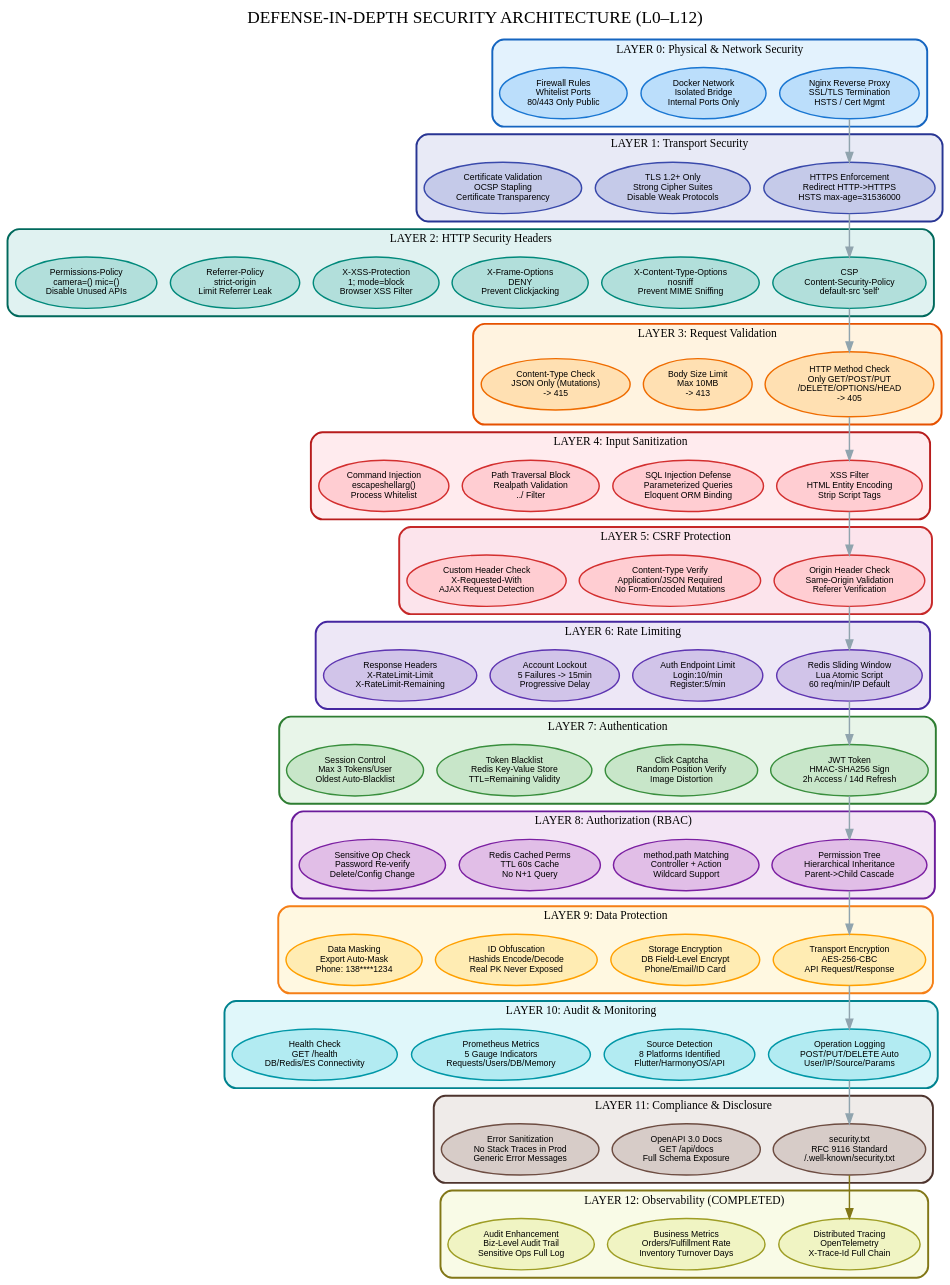
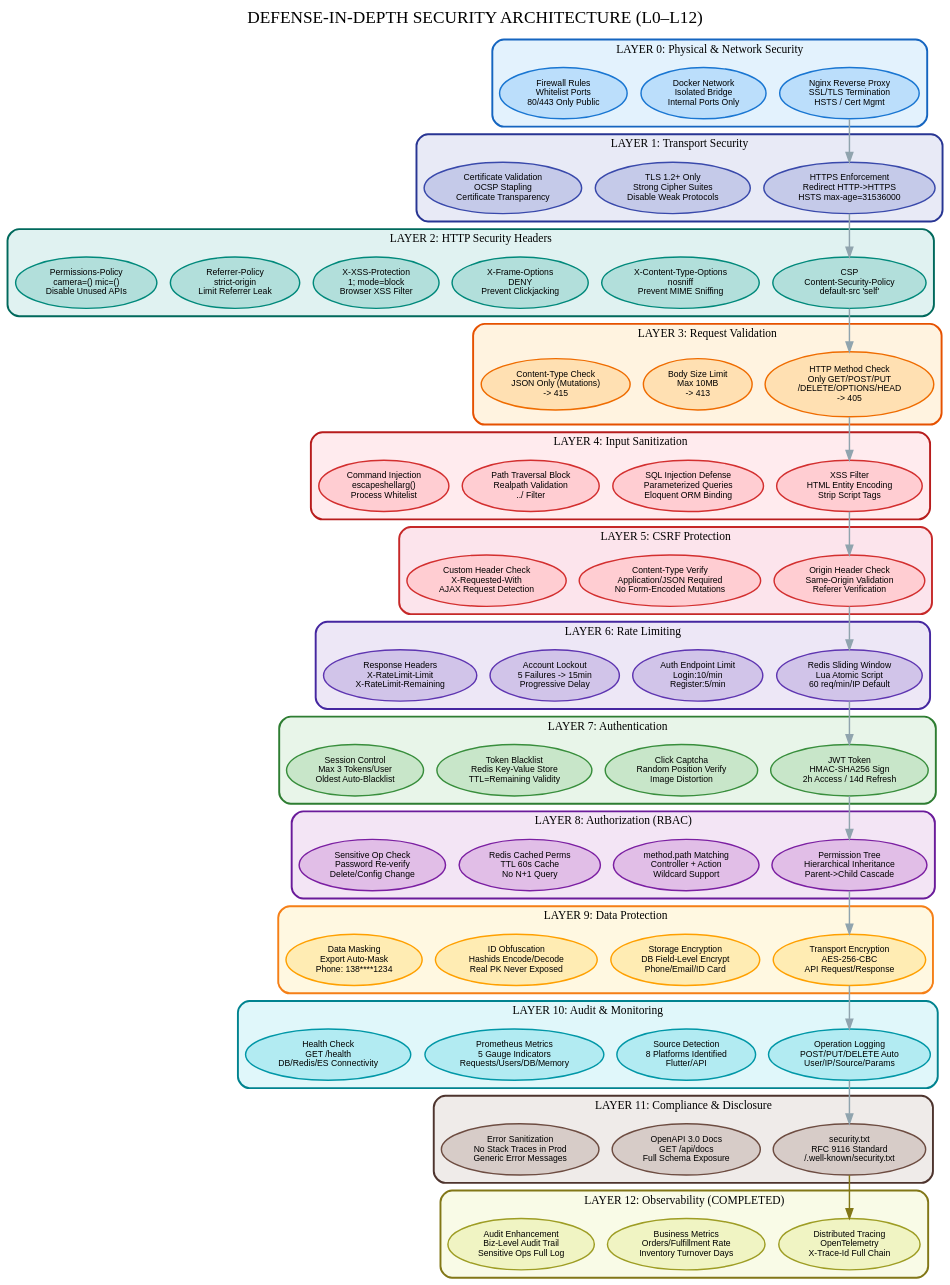
Before and after one commit to erikwang2013/erp-php: the diagram in docs/diagrams/security-architecture.dot, drawn with Graphviz. The commit also changed 652 other files, not shown here.

Commit message:
文档：仅保留中英文 README，清理已移除功能与过时图片

```diff
--- a/docs/diagrams/security-architecture.dot
+++ b/docs/diagrams/security-architecture.dot
@@ -1,170 +1,170 @@
 digraph SecurityArchitecture {
     rankdir=TB;
     fontname="Arial";
     fontsize=14;
     bgcolor="transparent";
     nodesep=0.2;
     ranksep=0.3;
     compound=true;
 
     node [fontname="Arial", fontsize=9, style="filled,rounded", penwidth=1.5];
 
     label="DEFENSE-IN-DEPTH SECURITY ARCHITECTURE (L0–L12)";
     fontsize=18;
     fontname="Arial Bold";
     labelloc="t";
 
     // Layer 0
     subgraph cluster_L0 {
         label="LAYER 0: Physical & Network Security";
         fontsize=12; fontname="Arial Bold";
         style="filled,rounded"; fillcolor="#e3f2fd"; color="#1565c0"; penwidth=2;
         L0a [label="Nginx Reverse Proxy\nSSL/TLS Termination\nHSTS / Cert Mgmt", fillcolor="#bbdefb", color="#1976d2"];
         L0b [label="Docker Network\nIsolated Bridge\nInternal Ports Only", fillcolor="#bbdefb", color="#1976d2"];
         L0c [label="Firewall Rules\nWhitelist Ports\n80/443 Only Public", fillcolor="#bbdefb", color="#1976d2"];
     }
 
     // Layer 1
     subgraph cluster_L1 {
         label="LAYER 1: Transport Security";
         fontsize=12; fontname="Arial Bold";
         style="filled,rounded"; fillcolor="#e8eaf6"; color="#283593"; penwidth=2;
         L1a [label="HTTPS Enforcement\nRedirect HTTP->HTTPS\nHSTS max-age=31536000", fillcolor="#c5cae9", color="#3949ab"];
         L1b [label="TLS 1.2+ Only\nStrong Cipher Suites\nDisable Weak Protocols", fillcolor="#c5cae9", color="#3949ab"];
         L1c [label="Certificate Validation\nOCSP Stapling\nCertificate Transparency", fillcolor="#c5cae9", color="#3949ab"];
     }
 
     // Layer 2
     subgraph cluster_L2 {
         label="LAYER 2: HTTP Security Headers";
         fontsize=12; fontname="Arial Bold";
         style="filled,rounded"; fillcolor="#e0f2f1"; color="#00695c"; penwidth=2;
         L2a [label="CSP\nContent-Security-Policy\ndefault-src 'self'", fillcolor="#b2dfdb", color="#00897b"];
         L2b [label="X-Content-Type-Options\nnosniff\nPrevent MIME Sniffing", fillcolor="#b2dfdb", color="#00897b"];
         L2c [label="X-Frame-Options\nDENY\nPrevent Clickjacking", fillcolor="#b2dfdb", color="#00897b"];
         L2d [label="X-XSS-Protection\n1; mode=block\nBrowser XSS Filter", fillcolor="#b2dfdb", color="#00897b"];
         L2e [label="Referrer-Policy\nstrict-origin\nLimit Referrer Leak", fillcolor="#b2dfdb", color="#00897b"];
         L2f [label="Permissions-Policy\ncamera=() mic=()\nDisable Unused APIs", fillcolor="#b2dfdb", color="#00897b"];
     }
 
     // Layer 3
     subgraph cluster_L3 {
         label="LAYER 3: Request Validation";
         fontsize=12; fontname="Arial Bold";
         style="filled,rounded"; fillcolor="#fff3e0"; color="#e65100"; penwidth=2;
         L3a [label="HTTP Method Check\nOnly GET/POST/PUT\n/DELETE/OPTIONS/HEAD\n-> 405", fillcolor="#ffe0b2", color="#ef6c00"];
         L3b [label="Body Size Limit\nMax 10MB\n-> 413", fillcolor="#ffe0b2", color="#ef6c00"];
         L3c [label="Content-Type Check\nJSON Only (Mutations)\n-> 415", fillcolor="#ffe0b2", color="#ef6c00"];
     }
 
     // Layer 4
     subgraph cluster_L4 {
         label="LAYER 4: Input Sanitization";
         fontsize=12; fontname="Arial Bold";
         style="filled,rounded"; fillcolor="#ffebee"; color="#b71c1c"; penwidth=2;
         L4a [label="XSS Filter\nHTML Entity Encoding\nStrip Script Tags", fillcolor="#ffcdd2", color="#d32f2f"];
         L4b [label="SQL Injection Defense\nParameterized Queries\nEloquent ORM Binding", fillcolor="#ffcdd2", color="#d32f2f"];
         L4c [label="Path Traversal Block\nRealpath Validation\n../ Filter", fillcolor="#ffcdd2", color="#d32f2f"];
         L4d [label="Command Injection\nescapeshellarg()\nProcess Whitelist", fillcolor="#ffcdd2", color="#d32f2f"];
     }
 
     // Layer 5
     subgraph cluster_L5 {
         label="LAYER 5: CSRF Protection";
         fontsize=12; fontname="Arial Bold";
         style="filled,rounded"; fillcolor="#fce4ec"; color="#c62828"; penwidth=2;
         L5a [label="Origin Header Check\nSame-Origin Validation\nReferer Verification", fillcolor="#ffcdd2", color="#d32f2f"];
         L5b [label="Content-Type Verify\nApplication/JSON Required\nNo Form-Encoded Mutations", fillcolor="#ffcdd2", color="#d32f2f"];
         L5c [label="Custom Header Check\nX-Requested-With\nAJAX Request Detection", fillcolor="#ffcdd2", color="#d32f2f"];
     }
 
     // Layer 6
     subgraph cluster_L6 {
         label="LAYER 6: Rate Limiting";
         fontsize=12; fontname="Arial Bold";
         style="filled,rounded"; fillcolor="#ede7f6"; color="#4527a0"; penwidth=2;
         L6a [label="Redis Sliding Window\nLua Atomic Script\n60 req/min/IP Default", fillcolor="#d1c4e9", color="#5e35b1"];
         L6b [label="Auth Endpoint Limit\nLogin:10/min\nRegister:5/min", fillcolor="#d1c4e9", color="#5e35b1"];
         L6c [label="Account Lockout\n5 Failures -> 15min\nProgressive Delay", fillcolor="#d1c4e9", color="#5e35b1"];
         L6d [label="Response Headers\nX-RateLimit-Limit\nX-RateLimit-Remaining", fillcolor="#d1c4e9", color="#5e35b1"];
     }
 
     // Layer 7
     subgraph cluster_L7 {
         label="LAYER 7: Authentication";
         fontsize=12; fontname="Arial Bold";
         style="filled,rounded"; fillcolor="#e8f5e9"; color="#2e7d32"; penwidth=2;
         L7a [label="JWT Token\nHMAC-SHA256 Sign\n2h Access / 14d Refresh", fillcolor="#c8e6c9", color="#388e3c"];
         L7b [label="Click Captcha\nRandom Position Verify\nImage Distortion", fillcolor="#c8e6c9", color="#388e3c"];
         L7c [label="Token Blacklist\nRedis Key-Value Store\nTTL=Remaining Validity", fillcolor="#c8e6c9", color="#388e3c"];
         L7d [label="Session Control\nMax 3 Tokens/User\nOldest Auto-Blacklist", fillcolor="#c8e6c9", color="#388e3c"];
     }
 
     // Layer 8
     subgraph cluster_L8 {
         label="LAYER 8: Authorization (RBAC)";
         fontsize=12; fontname="Arial Bold";
         style="filled,rounded"; fillcolor="#f3e5f5"; color="#6a1b9a"; penwidth=2;
         L8a [label="Permission Tree\nHierarchical Inheritance\nParent->Child Cascade", fillcolor="#e1bee7", color="#7b1fa2"];
         L8b [label="method.path Matching\nController + Action\nWildcard Support", fillcolor="#e1bee7", color="#7b1fa2"];
         L8c [label="Redis Cached Perms\nTTL 60s Cache\nNo N+1 Query", fillcolor="#e1bee7", color="#7b1fa2"];
         L8d [label="Sensitive Op Check\nPassword Re-verify\nDelete/Config Change", fillcolor="#e1bee7", color="#7b1fa2"];
     }
 
     // Layer 9
     subgraph cluster_L9 {
         label="LAYER 9: Data Protection";
         fontsize=12; fontname="Arial Bold";
         style="filled,rounded"; fillcolor="#fff8e1"; color="#f57f17"; penwidth=2;
         L9a [label="Transport Encryption\nAES-256-CBC\nAPI Request/Response", fillcolor="#ffecb3", color="#ffa000"];
         L9b [label="Storage Encryption\nDB Field-Level Encrypt\nPhone/Email/ID Card", fillcolor="#ffecb3", color="#ffa000"];
         L9c [label="ID Obfuscation\nHashids Encode/Decode\nReal PK Never Exposed", fillcolor="#ffecb3", color="#ffa000"];
         L9d [label="Data Masking\nExport Auto-Mask\nPhone: 138****1234", fillcolor="#ffecb3", color="#ffa000"];
     }
 
     // Layer 10
     subgraph cluster_L10 {
         label="LAYER 10: Audit & Monitoring";
         fontsize=12; fontname="Arial Bold";
         style="filled,rounded"; fillcolor="#e0f7fa"; color="#00838f"; penwidth=2;
         L10a [label="Operation Logging\nPOST/PUT/DELETE Auto\nUser/IP/Source/Params", fillcolor="#b2ebf2", color="#0097a7"];
-        L10b [label="Source Detection\n8 Platforms Identified\nFlutter/HarmonyOS/API", fillcolor="#b2ebf2", color="#0097a7"];
+        L10b [label="Source Detection\n8 Platforms Identified\nFlutter/API", fillcolor="#b2ebf2", color="#0097a7"];
         L10c [label="Prometheus Metrics\n5 Gauge Indicators\nRequests/Users/DB/Memory", fillcolor="#b2ebf2", color="#0097a7"];
         L10d [label="Health Check\nGET /health\nDB/Redis/ES Connectivity", fillcolor="#b2ebf2", color="#0097a7"];
     }
 
     // Layer 11
     subgraph cluster_L11 {
         label="LAYER 11: Compliance & Disclosure";
         fontsize=12; fontname="Arial Bold";
         style="filled,rounded"; fillcolor="#efebe9"; color="#4e342e"; penwidth=2;
         L11a [label="security.txt\nRFC 9116 Standard\n/.well-known/security.txt", fillcolor="#d7ccc8", color="#6d4c41"];
         L11b [label="OpenAPI 3.0 Docs\nGET /api/docs\nFull Schema Exposure", fillcolor="#d7ccc8", color="#6d4c41"];
         L11c [label="Error Sanitization\nNo Stack Traces in Prod\nGeneric Error Messages", fillcolor="#d7ccc8", color="#6d4c41"];
     }
 
     // Chain edges
     L0a -> L1a [color="#90a4ae", penwidth=1.5];
     L1a -> L2a [color="#90a4ae", penwidth=1.5];
     L2a -> L3a [color="#90a4ae", penwidth=1.5];
     L3a -> L4a [color="#90a4ae", penwidth=1.5];
     L4a -> L5a [color="#90a4ae", penwidth=1.5];
     L5a -> L6a [color="#90a4ae", penwidth=1.5];
     L6a -> L7a [color="#90a4ae", penwidth=1.5];
     L7a -> L8a [color="#90a4ae", penwidth=1.5];
     L8a -> L9a [color="#90a4ae", penwidth=1.5];
     L9a -> L10a [color="#90a4ae", penwidth=1.5];
     L10a -> L11a [color="#90a4ae", penwidth=1.5];
 
     // Layer 12
     subgraph cluster_L12 {
         label="LAYER 12: Observability (COMPLETED)";
         fontsize=12; fontname="Arial Bold";
         style="filled,rounded"; fillcolor="#f9fbe7"; color="#827717"; penwidth=2;
         L12a [label="Distributed Tracing\nOpenTelemetry\nX-Trace-Id Full Chain", fillcolor="#f0f4c3", color="#9e9d24"];
         L12b [label="Business Metrics\nOrders/Fulfillment Rate\nInventory Turnover Days", fillcolor="#f0f4c3", color="#9e9d24"];
         L12c [label="Audit Enhancement\nBiz-Level Audit Trail\nSensitive Ops Full Log", fillcolor="#f0f4c3", color="#9e9d24"];
     }
 
     L11a -> L12a [color="#827717", penwidth=1.5];
 }
```
